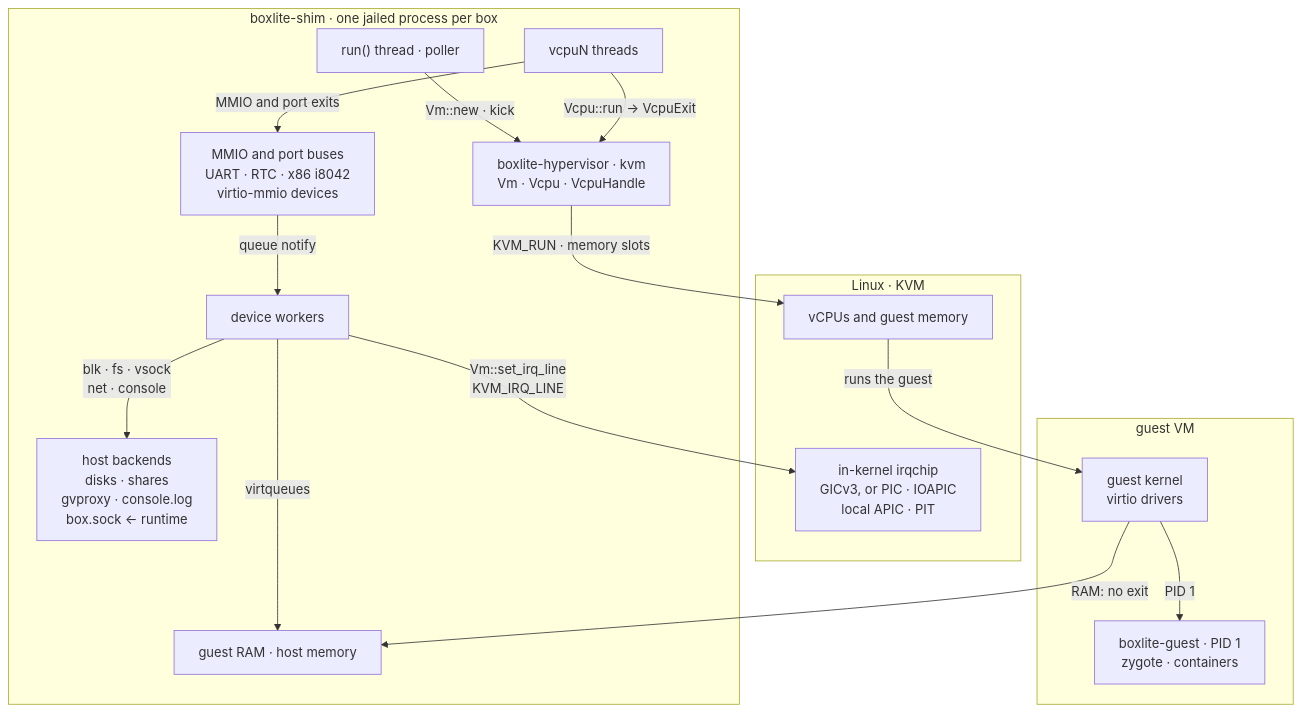
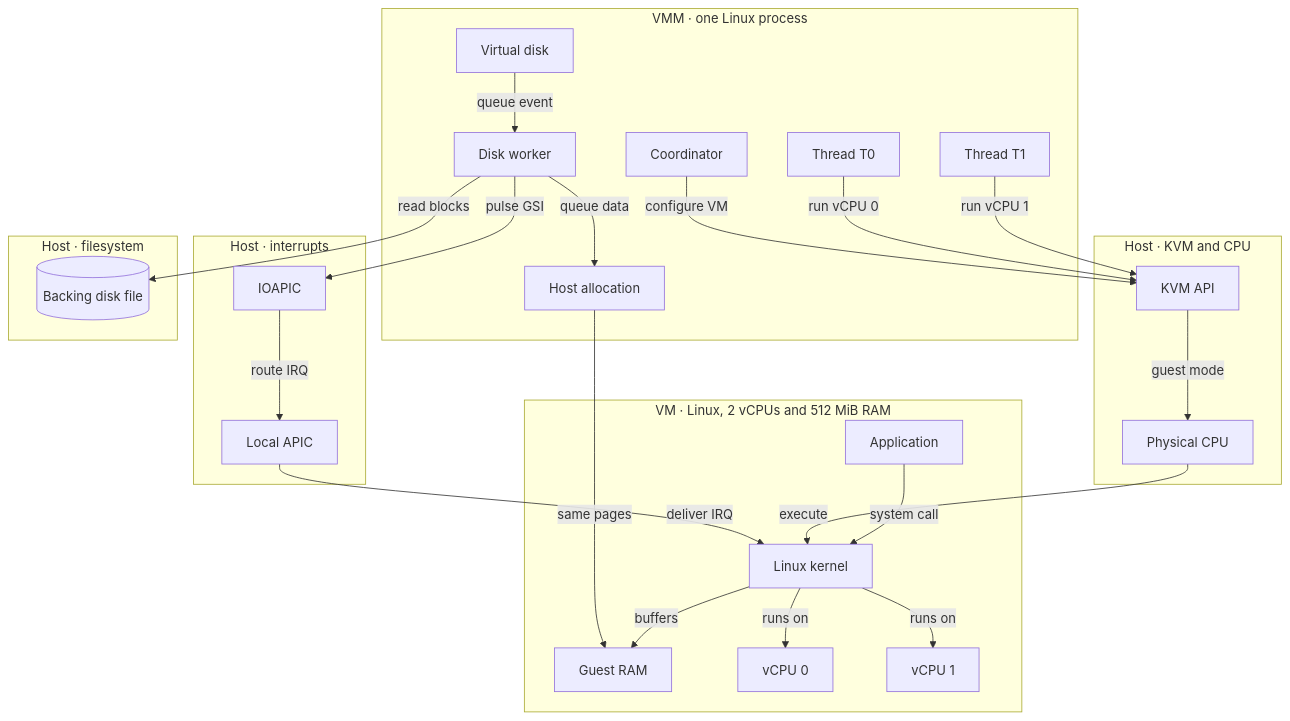
The first of 14 diagrams in docs/architecture/vmm/kvm.md (boxlite-ai/boxlite), drawn with Mermaid before and after one commit. The commit also changed other lines of this file and 3 other files, not shown here.

````diff
--- a/docs/architecture/vmm/kvm.md
+++ b/docs/architecture/vmm/kvm.md
@@ -7,31 +10,45 @@
 ```mermaid
 flowchart TB
-  subgraph shim["boxlite-shim · one jailed process per box"]
-    run_thread["run() thread · poller"]
-    vcpu_threads["vcpuN threads"]
-    backend["boxlite-hypervisor · kvm<br/>Vm · Vcpu · VcpuHandle"]
-    devices["MMIO and port buses<br/>UART · RTC · x86 i8042<br/>virtio-mmio devices"]
-    workers["device workers"]
-    guest_ram["guest RAM · host memory"]
-    backends["host backends<br/>disks · shares<br/>gvproxy · console.log<br/>box.sock ← runtime"]
+  subgraph vmm["VMM · one Linux process"]
+    disk["Virtual disk"]
+    worker["Disk worker"]
+    backing["Host allocation"]
+    coordinator["Coordinator"]
+    thread0["Thread T0"]
+    thread1["Thread T1"]
   end
-  subgraph host_hv["Linux · KVM"]
-    hv["vCPUs and guest memory"]
-    irqchip["in-kernel irqchip<br/>GICv3, or PIC · IOAPIC<br/>local APIC · PIT"]
+  subgraph host["Host · KVM and CPU"]
+    host_api["KVM API"]
+    physical_cpu["Physical CPU"]
   end
-  subgraph guest["guest VM"]
-    kernel["guest kernel<br/>virtio drivers"]
-    agent["boxlite-guest · PID 1<br/>zygote · containers"]
+  subgraph irqchip["Host · interrupts"]
+    ioapic["IOAPIC"]
+    lapic["Local APIC"]
   end
-  run_thread c_new@-->|"Vm::new · kick"| backend
-  vcpu_threads c_run@-->|"Vcpu::run → VcpuExit"| backend
-  vcpu_threads c_exits@-->|"MMIO and port exits"| devices
-  backend c_hv@-->|"KVM_RUN · memory slots"| hv
-  hv c_guest@-->|"runs the guest"| kernel
-  devices c_notify@-->|"queue notify"| workers
-  kernel c_ram@-->|"RAM: no exit"| guest_ram
-  kernel c_pid1@-->|"PID 1"| agent
-  workers c_queues@-->|"virtqueues"| guest_ram
-  workers c_backends@-->|"blk · fs · vsock<br/>net · console"| backends
-  workers c_irq@-->|"Vm::set_irq_line<br/>KVM_IRQ_LINE"| irqchip
+  subgraph storage["Host · filesystem"]
+    disk_file[("Backing disk file")]
+  end
+  subgraph guest["VM · Linux, 2 vCPUs and 512 MiB RAM"]
+    guest_ram["Guest RAM"]
+    program["Application"]
+    kernel["Linux kernel"]
+    vcpu0["vCPU 0"]
+    vcpu1["vCPU 1"]
+  end
+  disk kvm_2_e1@-->|"queue event"| worker
+  worker kvm_2_e2@-->|"read blocks"| disk_file
+  worker kvm_2_e3@-->|"queue data"| backing
+  backing kvm_2_e4@-->|"same pages"| guest_ram
+  kernel kvm_2_e5@-->|"buffers"| guest_ram
+  worker kvm_2_e6@-->|"pulse GSI"| ioapic
+  ioapic kvm_2_e7@-->|"route IRQ"| lapic
+  lapic kvm_2_e8@-->|"deliver IRQ"| kernel
+  coordinator kvm_1_e1@-->|"configure VM"| host_api
+  thread0 kvm_1_e2@-->|"run vCPU 0"| host_api
+  thread1 kvm_1_e3@-->|"run vCPU 1"| host_api
+  host_api kvm_1_e4@-->|"guest mode"| physical_cpu
+  physical_cpu kvm_1_e5@-->|"execute"| kernel
+  program kvm_1_e6@-->|"system call"| kernel
+  kernel kvm_1_e7@-->|"runs on"| vcpu0
+  kernel kvm_1_e8@-->|"runs on"| vcpu1
 ```
````
